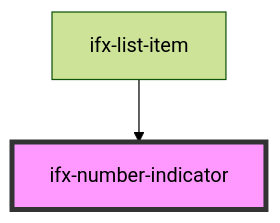
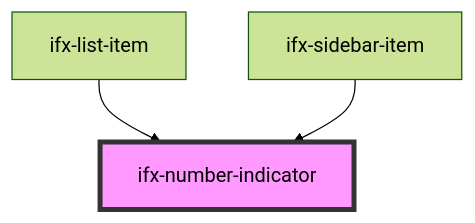
One commit to Infineon/infineon-design-system-stencil changed the diagram in packages/components/src/components/number-indicator/readme.md. Above: the diagram before and after it, drawn with Mermaid (forest theme). The commit also changed other lines of this file and 6 other files, not shown here.

````diff
--- a/packages/components/src/components/number-indicator/readme.md
+++ b/packages/components/src/components/number-indicator/readme.md
@@ -22,5 +23,6 @@
 ```mermaid
 graph TD;
   ifx-list-item --> ifx-number-indicator
+  ifx-sidebar-item --> ifx-number-indicator
   style ifx-number-indicator fill:#f9f,stroke:#333,stroke-width:4px
 ```
````
